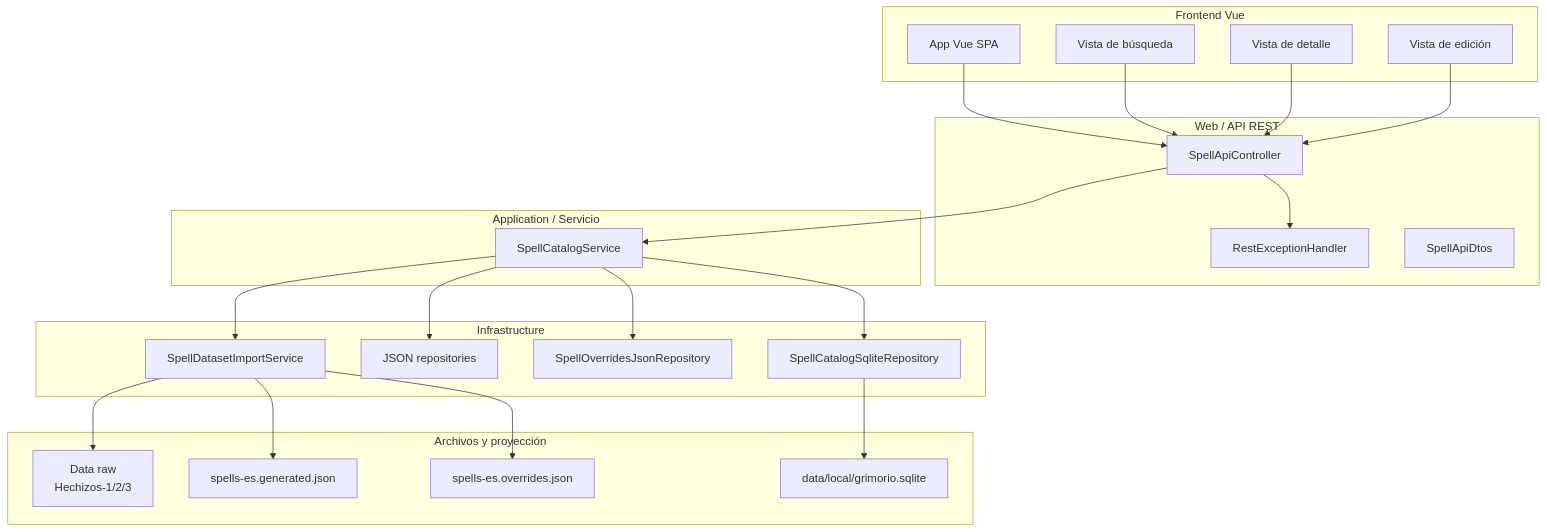
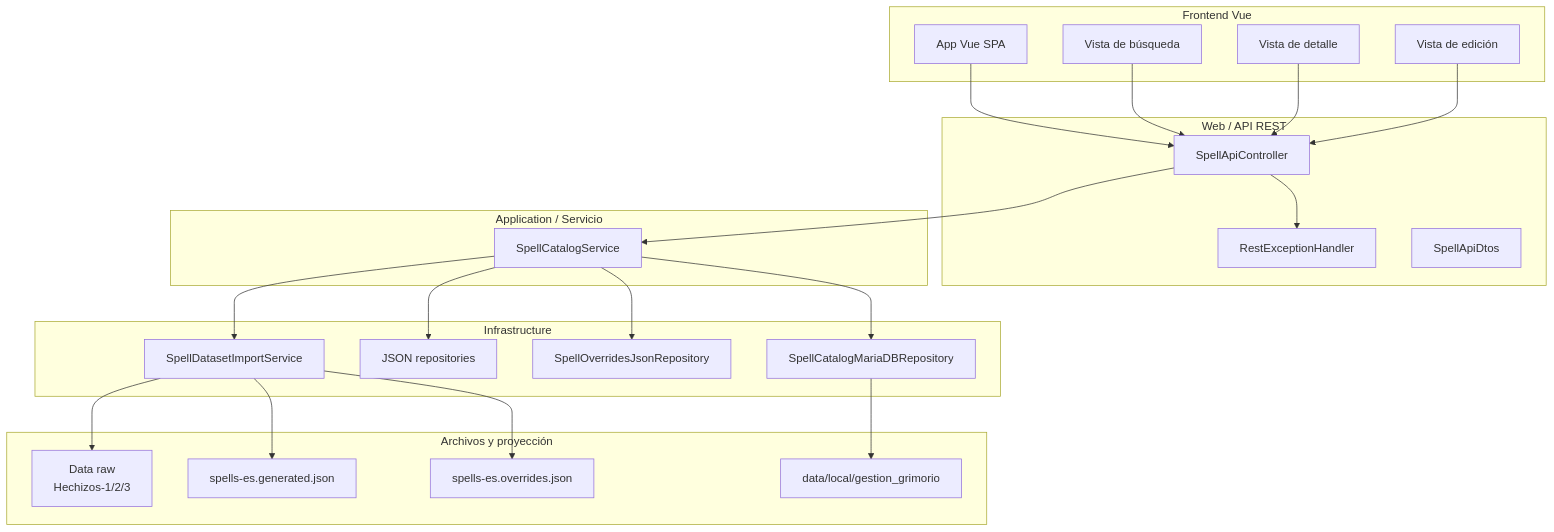
Before and after one commit to albertinizao/Grimorio-Pathfinder: the first of 18 diagrams in docs/09-diagramas-flujos-secuencia.md, drawn with Mermaid. The commit also changed other lines of this file and 52 other files, not shown here.

````diff
--- a/docs/09-diagramas-flujos-secuencia.md
+++ b/docs/09-diagramas-flujos-secuencia.md
@@ -9,49 +9,49 @@
 ```mermaid
 flowchart TB
   subgraph Frontend[Frontend Vue]
     UI[App Vue SPA]
     SearchView[Vista de búsqueda]
     DetailView[Vista de detalle]
     EditView[Vista de edición]
   end
 
   subgraph Web[Web / API REST]
     Controller[SpellApiController]
     Errors[RestExceptionHandler]
     Dtos[SpellApiDtos]
   end
 
   subgraph App[Application / Servicio]
     Service[SpellCatalogService]
   end
 
   subgraph Infra[Infrastructure]
     Importer[SpellDatasetImportService]
     JsonRepo[JSON repositories]
     OverrideWriter[SpellOverridesJsonRepository]
-    Sqlite[SpellCatalogSqliteRepository]
+    MariaDB[SpellCatalogMariaDBRepository]
   end
 
   subgraph Data[Archivos y proyección]
     Raw[Data raw
 Hechizos-1/2/3]
     Generated[spells-es.generated.json]
     Overrides[spells-es.overrides.json]
-    LocalDB[data/local/grimorio.sqlite]
+    LocalDB[data/local/gestion_grimorio]
   end
 
   UI --> Controller
   SearchView --> Controller
   DetailView --> Controller
   EditView --> Controller
   Controller --> Service
   Controller --> Errors
   Service --> Importer
   Service --> JsonRepo
   Service --> OverrideWriter
-  Service --> Sqlite
+  Service --> MariaDB
   Importer --> Raw
   Importer --> Generated
   Importer --> Overrides
-  Sqlite --> LocalDB
+  MariaDB --> LocalDB
 ```
````
